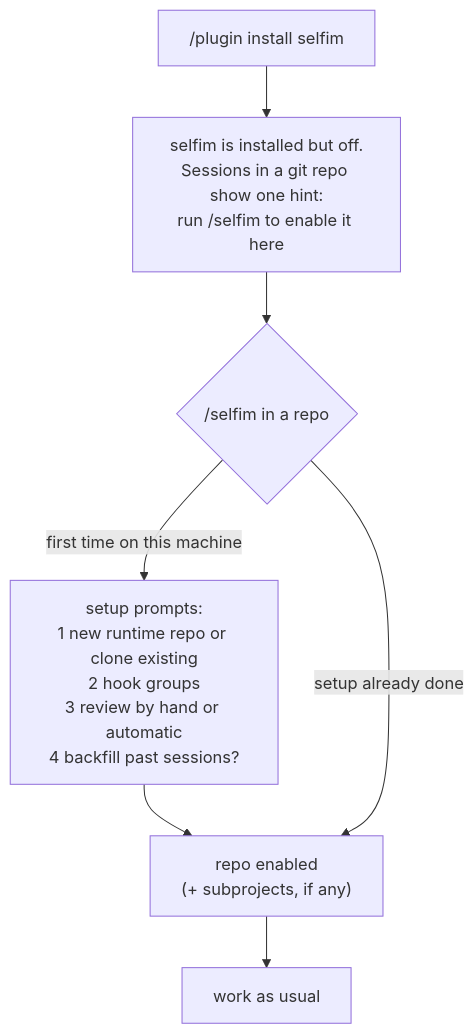
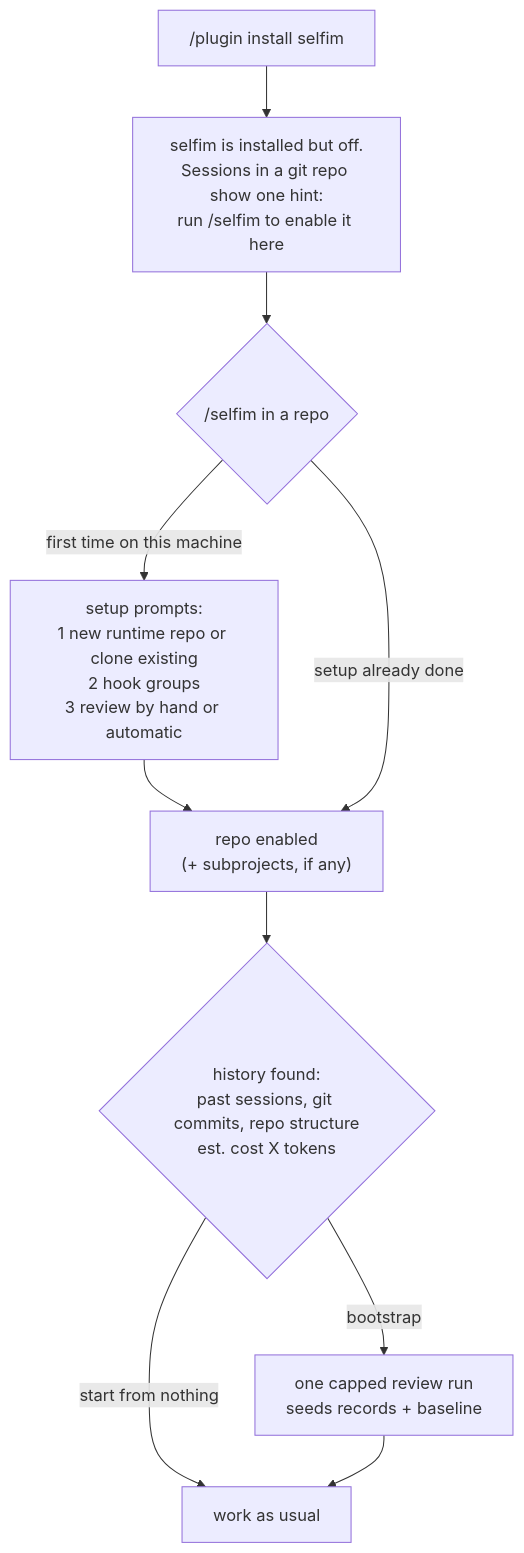
One commit to Juansasa/supermem changed the first of 5 diagrams in self-improvements/README.md. Above: the diagram before and after it, drawn with Mermaid. The commit also changed other lines of this file and 6 other files, not shown here.

Commit message:
selfim: bootstrap prompt on enable (sessions, git history, repo structure) and native memory as read-only input

````diff
--- a/self-improvements/README.md
+++ b/self-improvements/README.md
@@ -31,9 +31,12 @@
 ```mermaid
 flowchart TD
   I["/plugin install selfim"] --> D["selfim is installed but off.<br/>Sessions in a git repo show one hint:<br/>run /selfim to enable it here"]
   D --> F{"/selfim in a repo"}
-  F -- "first time on this machine" --> S["setup prompts:<br/>1 new runtime repo or clone existing<br/>2 hook groups<br/>3 review by hand or automatic<br/>4 backfill past sessions?"]
+  F -- "first time on this machine" --> S["setup prompts:<br/>1 new runtime repo or clone existing<br/>2 hook groups<br/>3 review by hand or automatic"]
   S --> E["repo enabled<br/>(+ subprojects, if any)"]
   F -- "setup already done" --> E
-  E --> W["work as usual"]
+  E --> B{"history found:<br/>past sessions, git commits, repo structure<br/>est. cost X tokens"}
+  B -- bootstrap --> R["one capped review run<br/>seeds records + baseline"]
+  B -- "start from nothing" --> W["work as usual"]
+  R --> W
 ```
````
